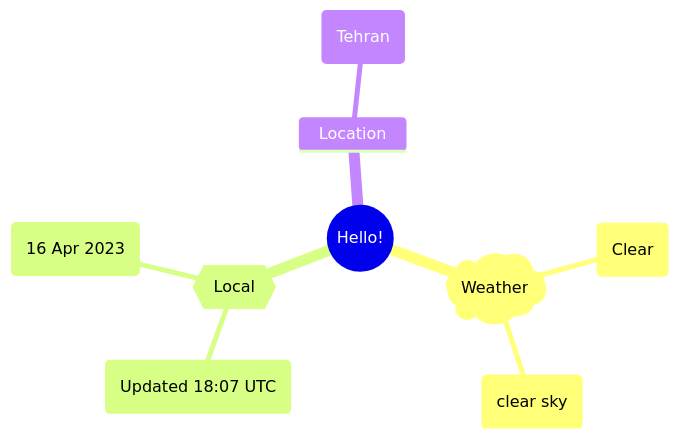
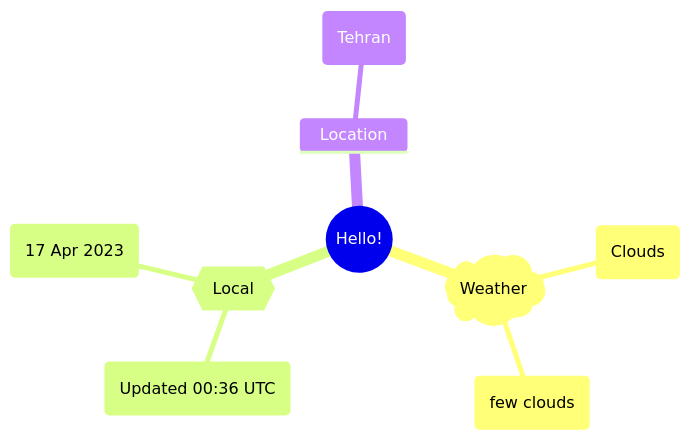
The first of 2 diagrams in README.md (Xosrov/Xosrov), drawn with Mermaid before and after one commit.

Commit message:
[bot] updated images

````diff
--- a/README.md
+++ b/README.md
@@ -3,12 +3,12 @@
 ```mermaid
 mindmap
   root((Hello!))
     )Weather(
-        (Clear)
-        (clear sky)
+        (Clouds)
+        (few clouds)
     {{Local}}
-        (Updated 18:07 UTC)
-        (16 Apr 2023)
+        (Updated 00:36 UTC)
+        (17 Apr 2023)
     Location
         (Tehran)
 ```
````
